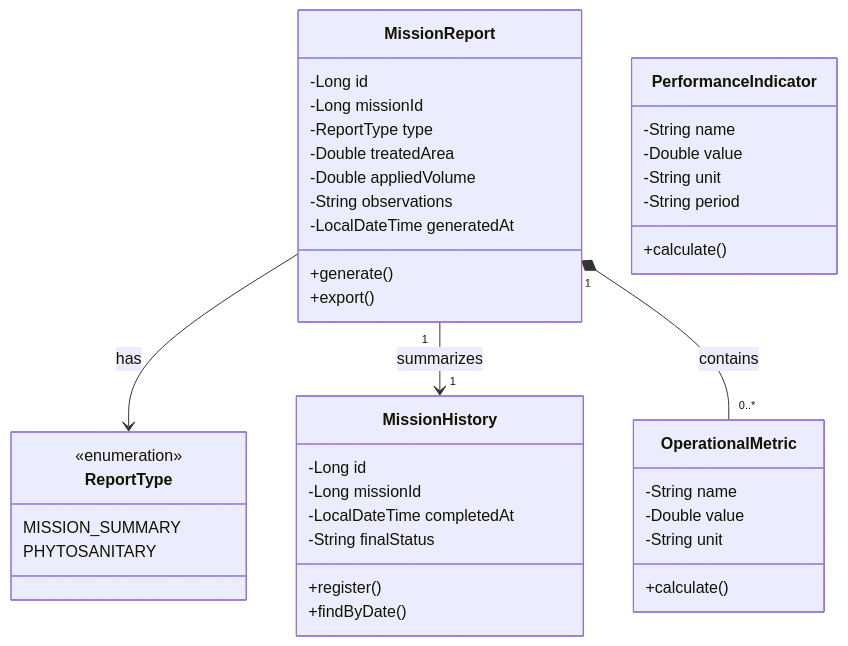
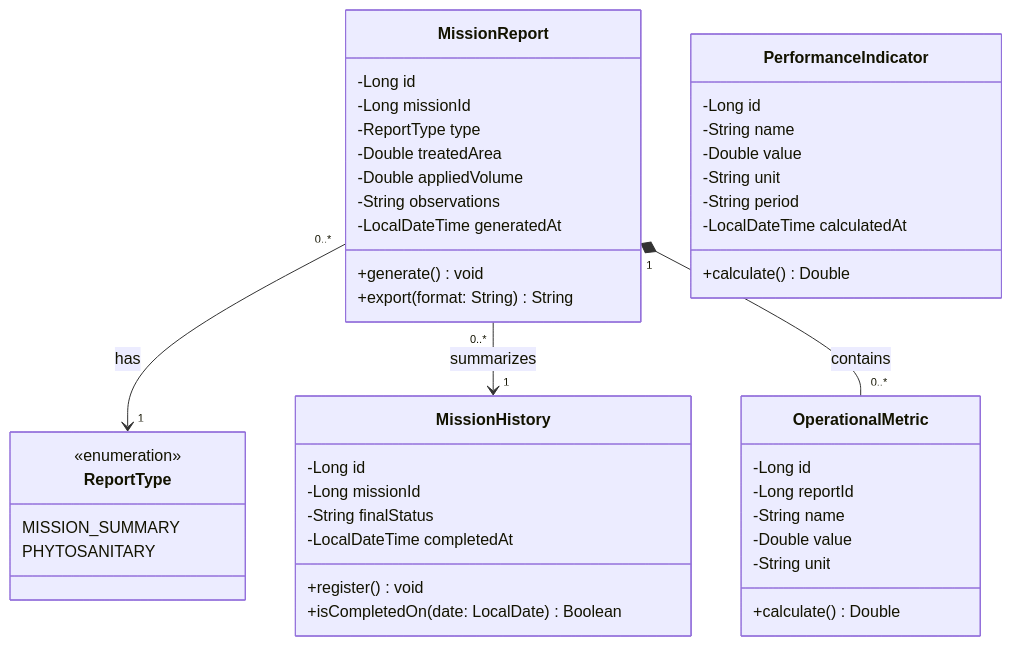
One commit to Ital0Dmc/Agridron-Report-readme-playground changed diagram 11 of 23 in README.md. Above: the diagram before and after it, drawn with Mermaid. The commit also changed other lines of this file, not shown here.

First line of the commit message:
docs: align class diagrams with the frontend data model and user stories

````diff
--- a/README.md
+++ b/README.md
@@ -2554,43 +2567,47 @@
 ```mermaid
 classDiagram
   class MissionReport {
     -Long id
     -Long missionId
     -ReportType type
     -Double treatedArea
     -Double appliedVolume
     -String observations
     -LocalDateTime generatedAt
-    +generate()
-    +export()
+    +generate() void
+    +export(format: String) String
   }
   class MissionHistory {
     -Long id
     -Long missionId
+    -String finalStatus
     -LocalDateTime completedAt
-    -String finalStatus
-    +register()
-    +findByDate()
+    +register() void
+    +isCompletedOn(date: LocalDate) Boolean
   }
   class OperationalMetric {
+    -Long id
+    -Long reportId
     -String name
     -Double value
     -String unit
-    +calculate()
+    +calculate() Double
   }
   class PerformanceIndicator {
+    -Long id
     -String name
     -Double value
     -String unit
     -String period
-    +calculate()
+    -LocalDateTime calculatedAt
+    +calculate() Double
   }
   class ReportType {
     <<enumeration>>
     MISSION_SUMMARY
     PHYTOSANITARY
   }
-  MissionReport --> ReportType : has
-  MissionReport "1" --> "1" MissionHistory : summarizes
+  MissionReport "0..*" --> "1" ReportType : has
+  MissionReport "0..*" --> "1" MissionHistory : summarizes
   MissionReport "1" *-- "0..*" OperationalMetric : contains
 ```
````
